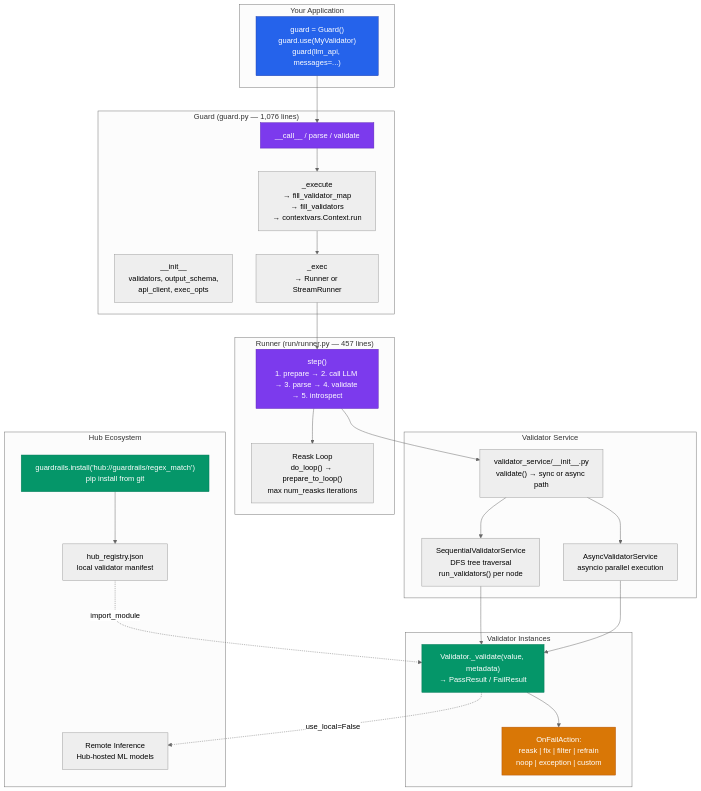
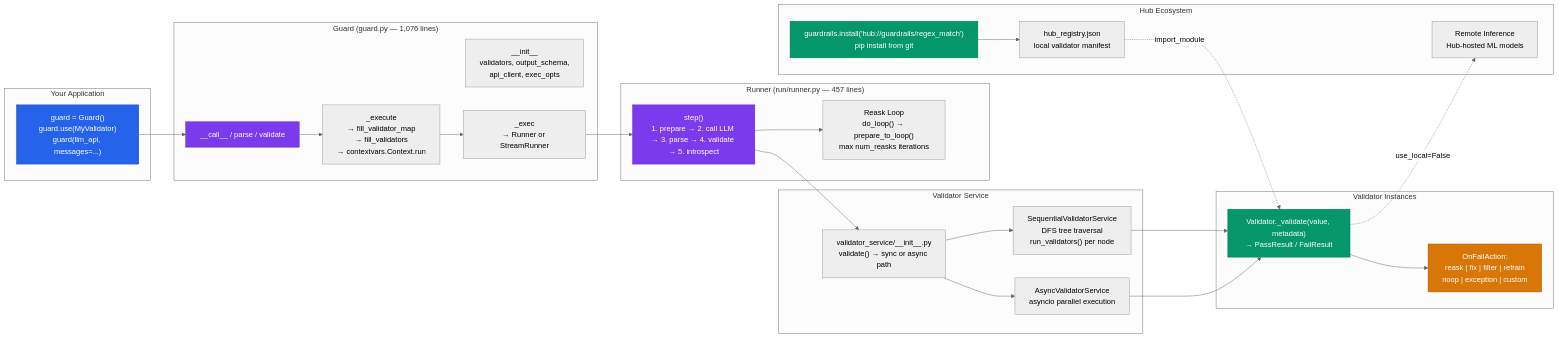
The first of 2 diagrams in guardrails-ai/README.md (NeuZhou/awesome-ai-anatomy), drawn with Mermaid (neutral theme) before and after one commit. The commit also changed other lines of this file and 13 other files, not shown here.

Commit message:
feat: add PNG architecture diagrams for remaining 7 teardowns

````diff
--- a/guardrails-ai/README.md
+++ b/guardrails-ai/README.md
@@ -24,63 +29,63 @@
 ```mermaid
-flowchart TB
+flowchart LR
     subgraph UserCode["Your Application"]
         UC["guard = Guard()\nguard.use(MyValidator)\nguard(llm_api, messages=...)"]
     end
 
     subgraph GuardClass["Guard (guard.py — 1,076 lines)"]
         Init["__init__\nvalidators, output_schema,\napi_client, exec_opts"]
         Call["__call__ / parse / validate"]
         Execute["_execute\n→ fill_validator_map\n→ fill_validators\n→ contextvars.Context.run"]
         Exec["_exec\n→ Runner or StreamRunner"]
     end
 
     subgraph RunnerLayer["Runner (run/runner.py — 457 lines)"]
         Step["step()\n1. prepare → 2. call LLM → 3. parse → 4. validate → 5. introspect"]
         ReaskLoop["Reask Loop\ndo_loop() → prepare_to_loop()\nmax num_reasks iterations"]
     end
 
     subgraph ValidatorService["Validator Service"]
         VS["validator_service/__init__.py\nvalidate() → sync or async path"]
         SeqVS["SequentialValidatorService\nDFS tree traversal\nrun_validators() per node"]
         AsyncVS["AsyncValidatorService\nasyncio parallel execution"]
     end
 
     subgraph ValidatorLayer["Validator Instances"]
         V1["Validator._validate(value, metadata)\n→ PassResult / FailResult"]
         V2["OnFailAction:\nreask | fix | filter | refrain\nnoop | exception | custom"]
     end
 
     subgraph HubSystem["Hub Ecosystem"]
         Install["guardrails.install('hub://guardrails/regex_match')\npip install from git"]
         Registry["hub_registry.json\nlocal validator manifest"]
         Remote["Remote Inference\nHub-hosted ML models"]
     end
 
     UC --> Call
     Call --> Execute
     Execute --> Exec
     Exec --> Step
     Step --> ReaskLoop
     Step --> VS
     VS --> SeqVS
     VS --> AsyncVS
     SeqVS --> V1
     AsyncVS --> V1
     V1 --> V2
     Install --> Registry
     Registry -.->|"import_module"| V1
     V1 -.->|"use_local=False"| Remote
 
     classDef primary fill:#2563eb,stroke:#1e40af,color:#fff
     classDef secondary fill:#7c3aed,stroke:#5b21b6,color:#fff
     classDef accent fill:#059669,stroke:#047857,color:#fff
     classDef warn fill:#d97706,stroke:#b45309,color:#fff
     classDef neutral fill:#374151,stroke:#1f2937,color:#fff
 
     class UC primary
     class Call secondary
     class Step secondary
     class V1 accent
     class V2 warn
     class Install accent
 ```
````
